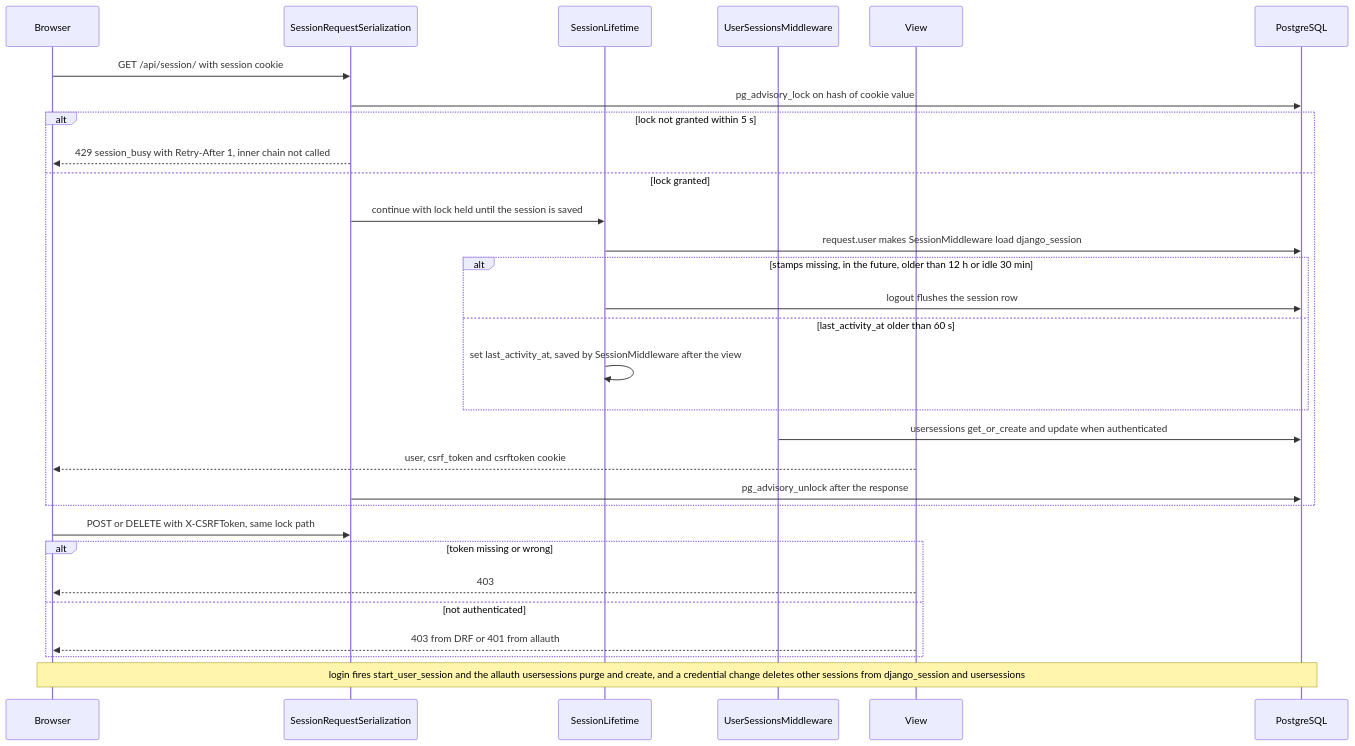
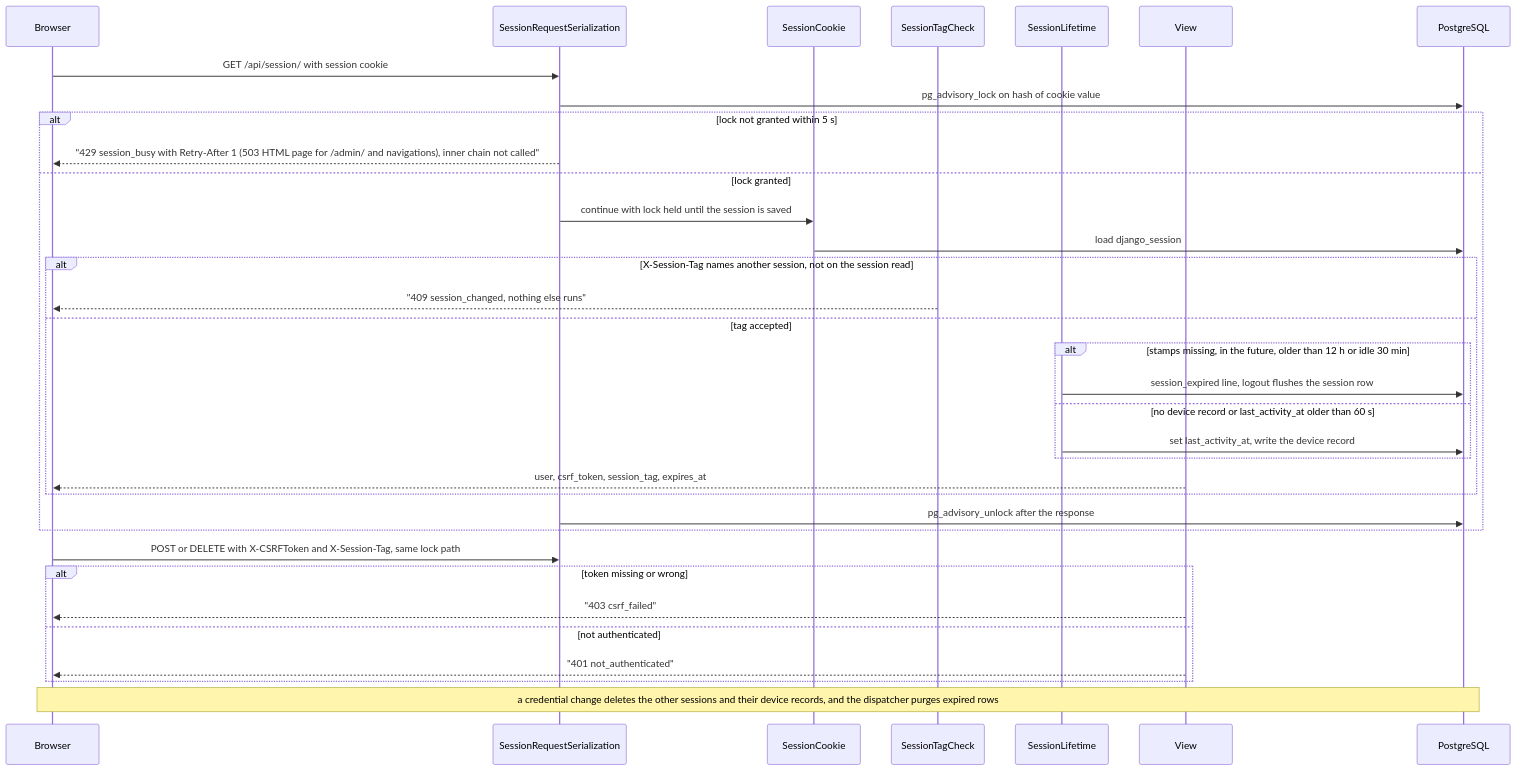
The diagram in docs/flows/session-and-csrf.md (erkurtharun/pyracast), drawn with Mermaid before and after one commit. The commit also changed other lines of this file and 85 other files, not shown here.

First line of the commit message:
Bring the flow pages in line with the code (#107)

````diff
--- a/docs/flows/session-and-csrf.md
+++ b/docs/flows/session-and-csrf.md
@@ -16,32 +15,36 @@
 ```mermaid
 sequenceDiagram
     participant B as Browser
     participant L as SessionRequestSerialization
+    participant C as SessionCookie
+    participant T as SessionTagCheck
     participant S as SessionLifetime
-    participant U as UserSessionsMiddleware
     participant V as View
     participant D as PostgreSQL
     B->>L: GET /api/session/ with session cookie
     L->>D: pg_advisory_lock on hash of cookie value
     alt lock not granted within 5 s
-        L-->>B: 429 session_busy with Retry-After 1, inner chain not called
+        L-->>B: "429 session_busy with Retry-After 1 (503 HTML page for /admin/ and navigations), inner chain not called"
     else lock granted
-        L->>S: continue with lock held until the session is saved
-        S->>D: request.user makes SessionMiddleware load django_session
-        alt stamps missing, in the future, older than 12 h or idle 30 min
-            S->>D: logout flushes the session row
-        else last_activity_at older than 60 s
-            S->>S: set last_activity_at, saved by SessionMiddleware after the view
+        L->>C: continue with lock held until the session is saved
+        C->>D: load django_session
+        alt X-Session-Tag names another session, not on the session read
+            T-->>B: "409 session_changed, nothing else runs"
+        else tag accepted
+            alt stamps missing, in the future, older than 12 h or idle 30 min
+                S->>D: session_expired line, logout flushes the session row
+            else no device record or last_activity_at older than 60 s
+                S->>D: set last_activity_at, write the device record
+            end
+            V-->>B: user, csrf_token, session_tag, expires_at
         end
-        U->>D: usersessions get_or_create and update when authenticated
-        V-->>B: user, csrf_token and csrftoken cookie
         L->>D: pg_advisory_unlock after the response
     end
-    B->>L: POST or DELETE with X-CSRFToken, same lock path
+    B->>L: POST or DELETE with X-CSRFToken and X-Session-Tag, same lock path
     alt token missing or wrong
-        V-->>B: 403
+        V-->>B: "403 csrf_failed"
     else not authenticated
-        V-->>B: 403 from DRF or 401 from allauth
+        V-->>B: "401 not_authenticated"
     end
-    Note over B,D: login fires start_user_session and the allauth usersessions purge and create, and a credential change deletes other sessions from django_session and usersessions
+    Note over B,D: a credential change deletes the other sessions and their device records, and the dispatcher purges expired rows
 ```
````
